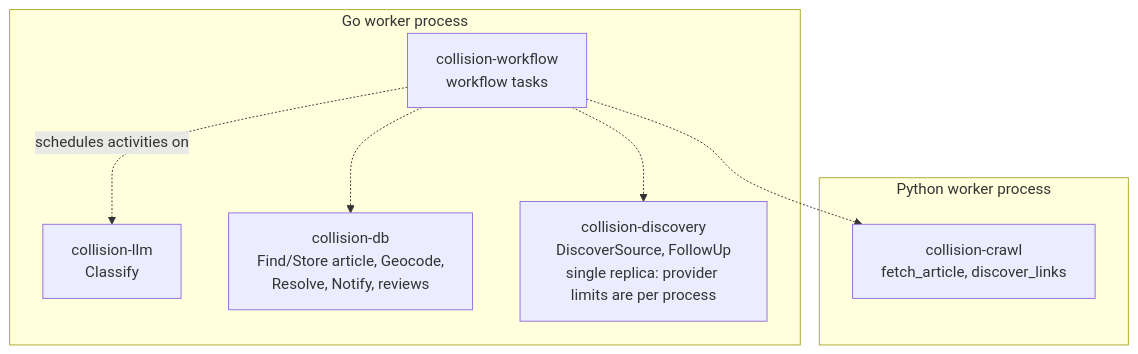
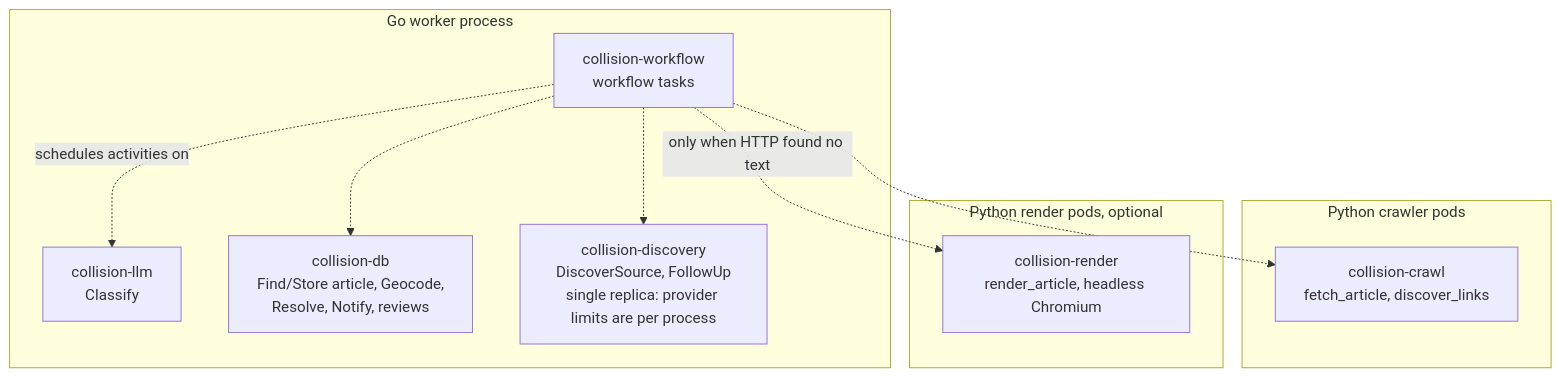
Before and after one commit to joshdurbin/vulnerable_user_incident_tracking: the second of 14 diagrams in docs/design.md, drawn with Mermaid. The commit also changed other lines of this file and 31 other files, not shown here.

First line of the commit message:
Add crawler metrics and a separate JavaScript render pool

````diff
--- a/docs/design.md
+++ b/docs/design.md
@@ -67,16 +67,20 @@
 ```mermaid
 flowchart TB
   subgraph go[Go worker process]
     wq[collision-workflow<br/>workflow tasks]
     lq[collision-llm<br/>Classify]
     dq[collision-db<br/>Find/Store article, Geocode,<br/>Resolve, Notify, reviews]
     disq[collision-discovery<br/>DiscoverSource, FollowUp<br/>single replica: provider limits are per process]
   end
-  subgraph py[Python worker process]
+  subgraph py[Python crawler pods]
     cq[collision-crawl<br/>fetch_article, discover_links]
+  end
+  subgraph pyr[Python render pods, optional]
+    rq[collision-render<br/>render_article, headless Chromium]
   end
   wq -. schedules activities on .-> lq
   wq -.-> dq
   wq -.-> disq
   wq -.-> cq
+  wq -. only when HTTP found no text .-> rq
 ```
````
